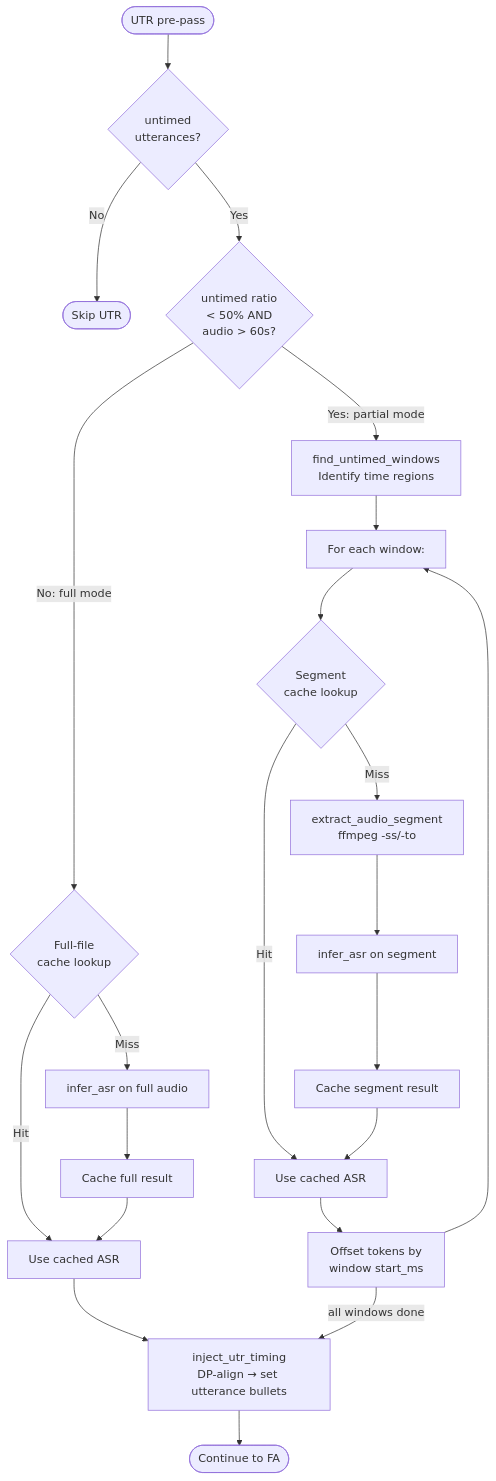
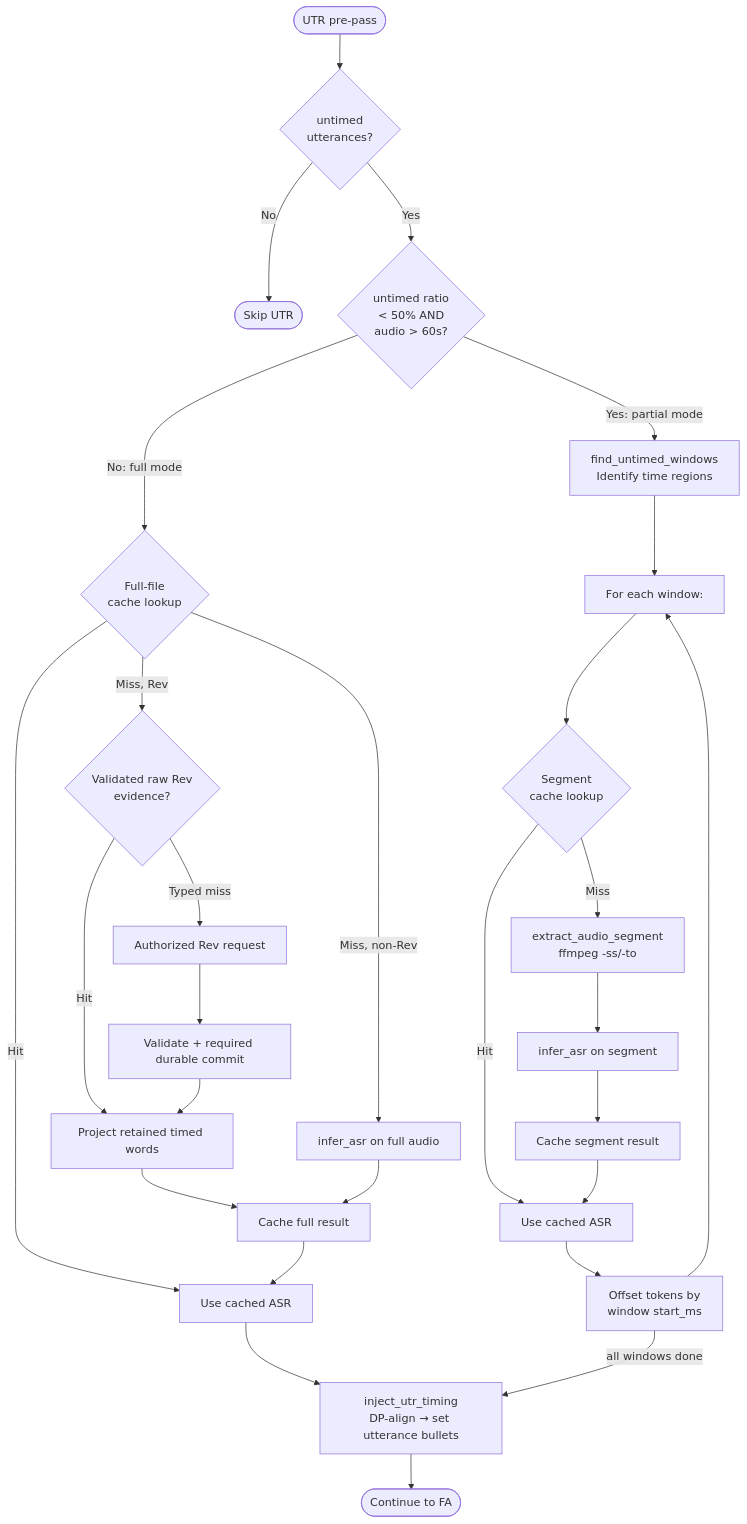
Before and after one commit to TalkBank/talkbank-tools: the third of 3 diagrams in book/src/architecture/runtime/audio-task-cache.md, drawn with Mermaid. The commit also changed other lines of this file and 23 other files, not shown here.

````diff
--- a/book/src/architecture/runtime/audio-task-cache.md
+++ b/book/src/architecture/runtime/audio-task-cache.md
@@ -290,28 +432,34 @@
 ```mermaid
 flowchart TD
     start([UTR pre-pass]) --> count{untimed\nutterances?}
     count -->|No| skip([Skip UTR])
     count -->|Yes| ratio{untimed ratio\n< 50% AND\naudio > 60s?}
 
     ratio -->|Yes: partial mode| windows[find_untimed_windows\nIdentify time regions]
     ratio -->|No: full mode| full_cache{Full-file\ncache lookup}
 
     windows --> seg_loop["For each window:"]
     seg_loop --> seg_cache{Segment\ncache lookup}
     seg_cache -->|Hit| seg_use[Use cached ASR]
     seg_cache -->|Miss| seg_extract[extract_audio_segment\nffmpeg -ss/-to]
     seg_extract --> seg_asr[infer_asr on segment]
     seg_asr --> seg_store[Cache segment result]
     seg_store --> seg_use
     seg_use --> offset[Offset tokens by\nwindow start_ms]
     offset --> seg_loop
 
     full_cache -->|Hit| full_use[Use cached ASR]
-    full_cache -->|Miss| full_asr[infer_asr on full audio]
+    full_cache -->|Miss, non-Rev| full_asr[infer_asr on full audio]
+    full_cache -->|Miss, Rev| rev_raw{Validated raw Rev\nevidence?}
+    rev_raw -->|Hit| rev_project[Project retained timed words]
+    rev_raw -->|Typed miss| rev_call[Authorized Rev request]
+    rev_call --> rev_commit[Validate + required durable commit]
+    rev_commit --> rev_project
+    rev_project --> full_store
     full_asr --> full_store[Cache full result]
     full_store --> full_use
 
     full_use --> inject[inject_utr_timing\nDP-align → set utterance bullets]
     offset -->|all windows done| inject
     inject --> done([Continue to FA])
 ```
````
